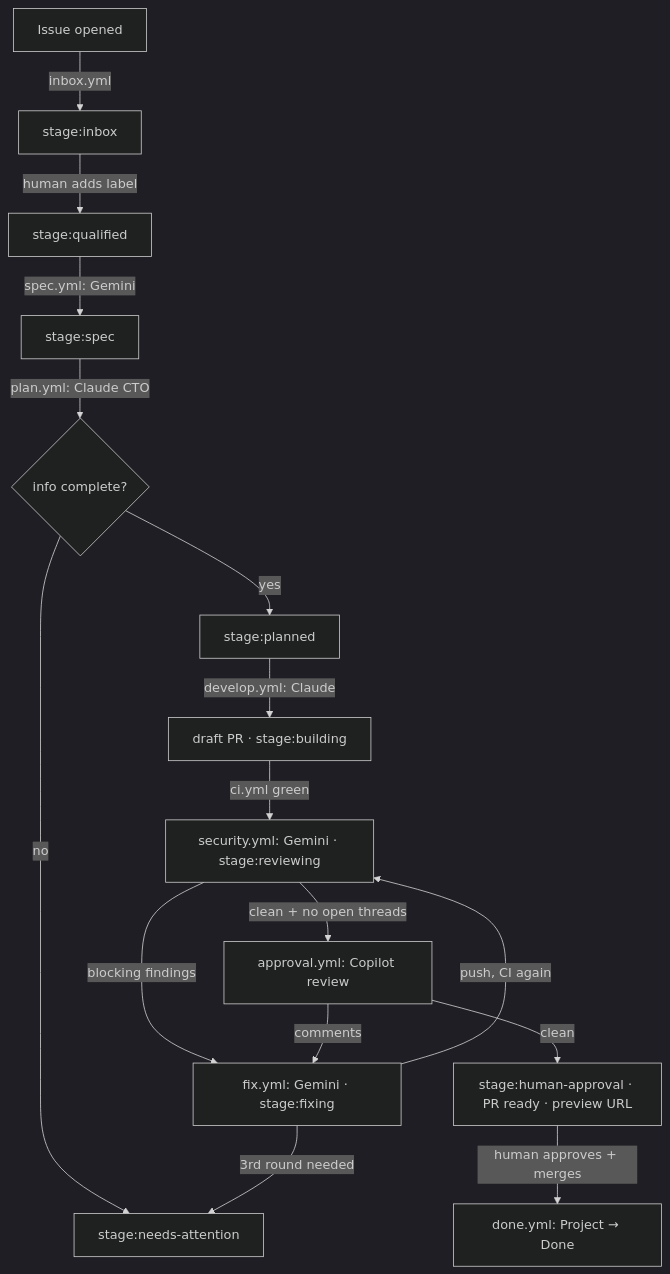
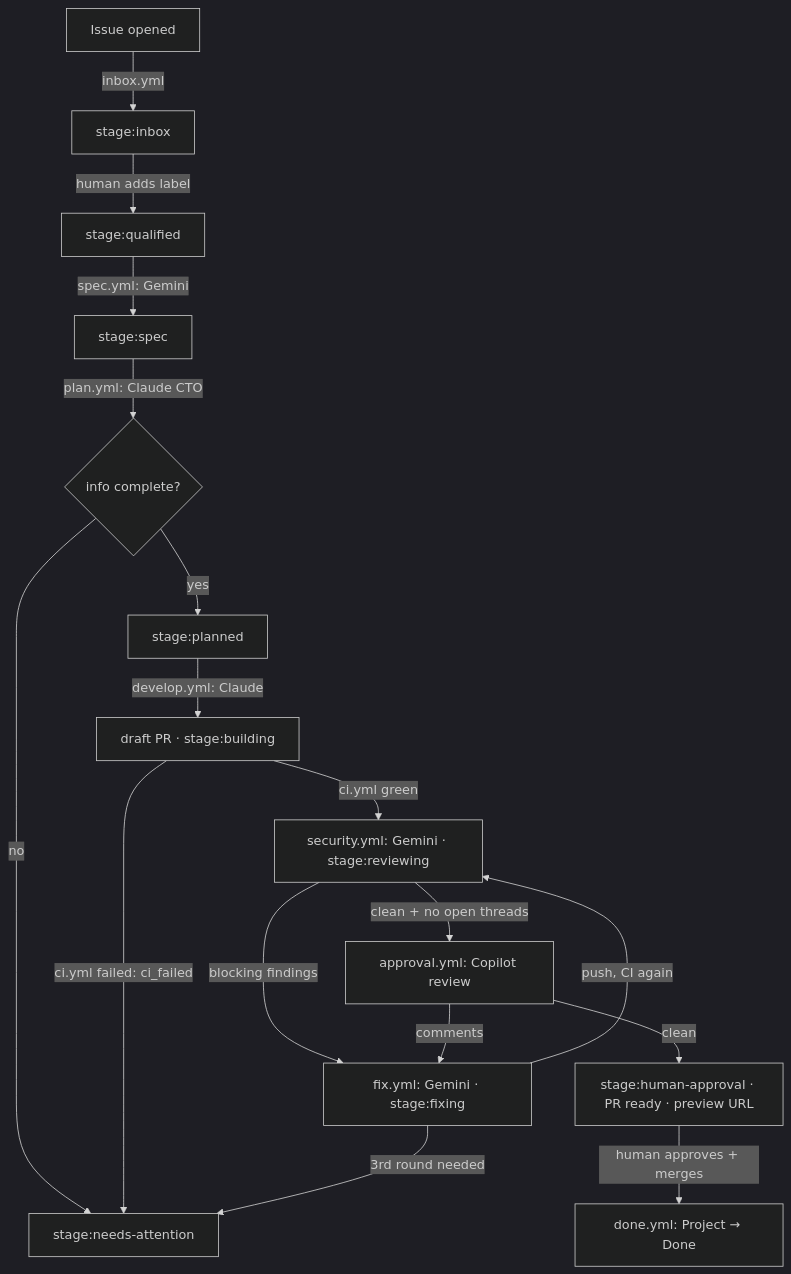
The diagram in docs/pipeline.md (menashsoffer/nx-ai-agents-workspace), drawn with Mermaid (dark theme) before and after one commit. The commit also changed other lines of this file and 4 other files, not shown here.

````diff
--- a/docs/pipeline.md
+++ b/docs/pipeline.md
@@ -11,18 +11,19 @@
 ```mermaid
 flowchart TD
   A[Issue opened] -->|inbox.yml| B[stage:inbox]
   B -->|human adds label| C[stage:qualified]
   C -->|spec.yml: Gemini| D[stage:spec]
   D -->|plan.yml: Claude CTO| E{info complete?}
   E -->|no| X[stage:needs-attention]
   E -->|yes| F[stage:planned]
   F -->|develop.yml: Claude| G[draft PR · stage:building]
   G -->|ci.yml green| H[security.yml: Gemini · stage:reviewing]
+  G -->|ci.yml failed: ci_failed| X
   H -->|blocking findings| I[fix.yml: Gemini · stage:fixing]
   I -->|push, CI again| H
   I -->|3rd round needed| X
   H -->|clean + no open threads| J[approval.yml: Copilot review]
   J -->|comments| I
   J -->|clean| K[stage:human-approval · PR ready · preview URL]
   K -->|human approves + merges| L[done.yml: Project → Done]
 ```
````
